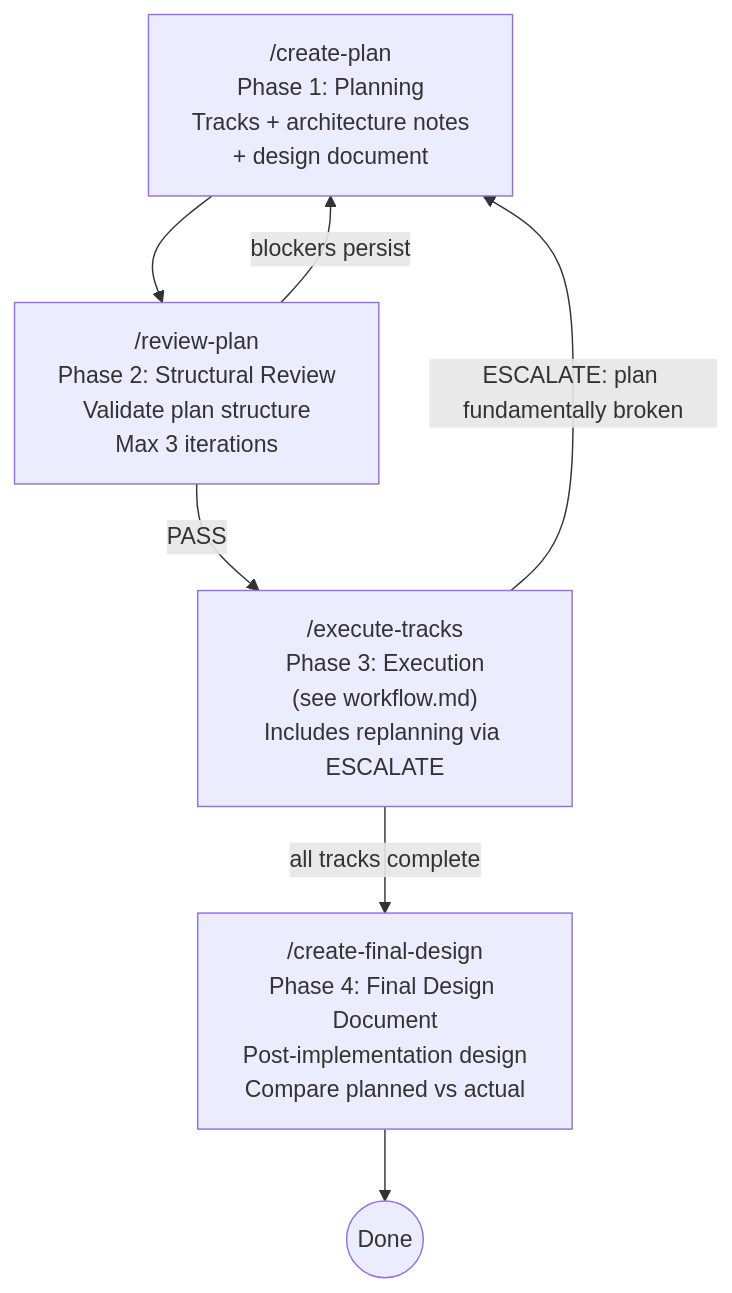
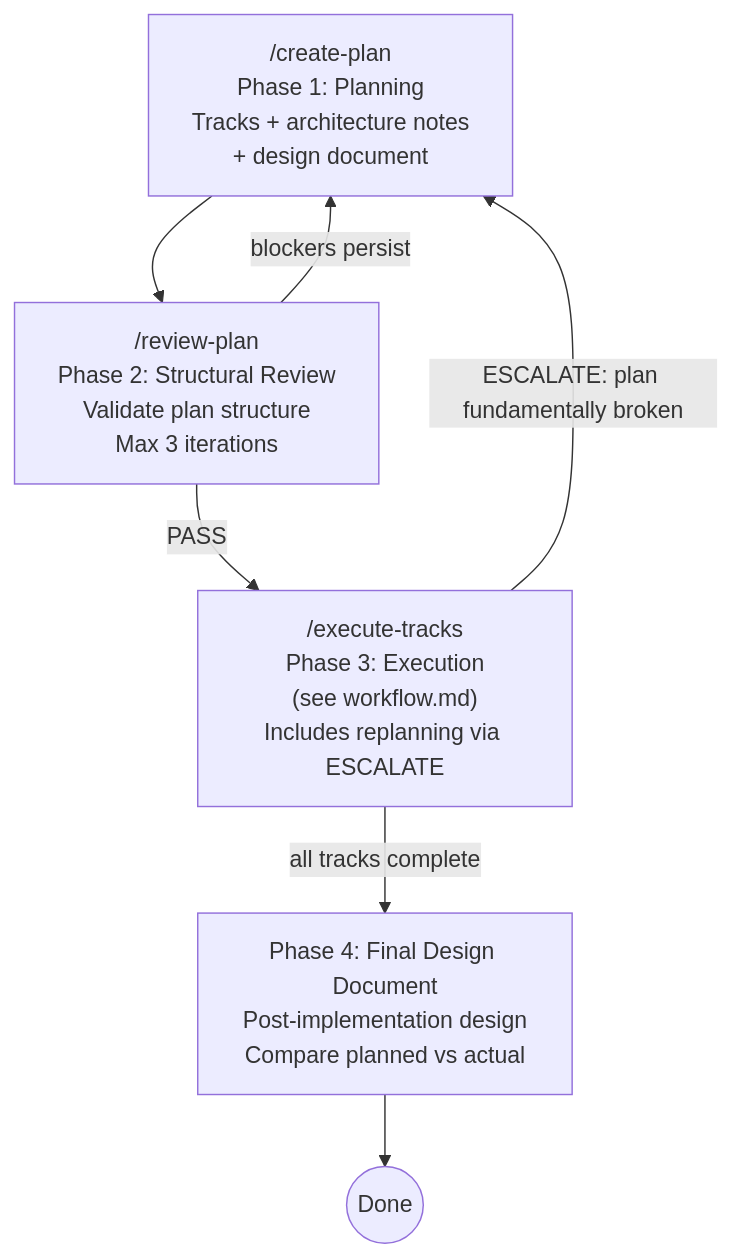
The diagram in .claude/workflow/planning.md (JetBrains/youtrackdb), drawn with Mermaid before and after one commit. The commit also changed other lines of this file and 11 other files, not shown here.

````diff
--- a/.claude/workflow/planning.md
+++ b/.claude/workflow/planning.md
@@ -18,15 +18,15 @@
 ```mermaid
 flowchart TD
     P1["/create-plan\nPhase 1: Planning\nTracks + architecture notes\n+ design document"]
     P2["/review-plan\nPhase 2: Structural Review\nValidate plan structure\nMax 3 iterations"]
     P3["/execute-tracks\nPhase 3: Execution\n(see workflow.md)\nIncludes replanning via ESCALATE"]
-    P4["/create-final-design\nPhase 4: Final Design Document\nPost-implementation design\nCompare planned vs actual"]
+    P4["Phase 4: Final Design Document\nPost-implementation design\nCompare planned vs actual"]
     DONE((Done))
 
     P1 --> P2
     P2 -->|PASS| P3
     P2 -->|blockers persist| P1
     P3 -->|all tracks complete| P4
     P3 -->|ESCALATE: plan fundamentally broken| P1
     P4 --> DONE
 ```
````
